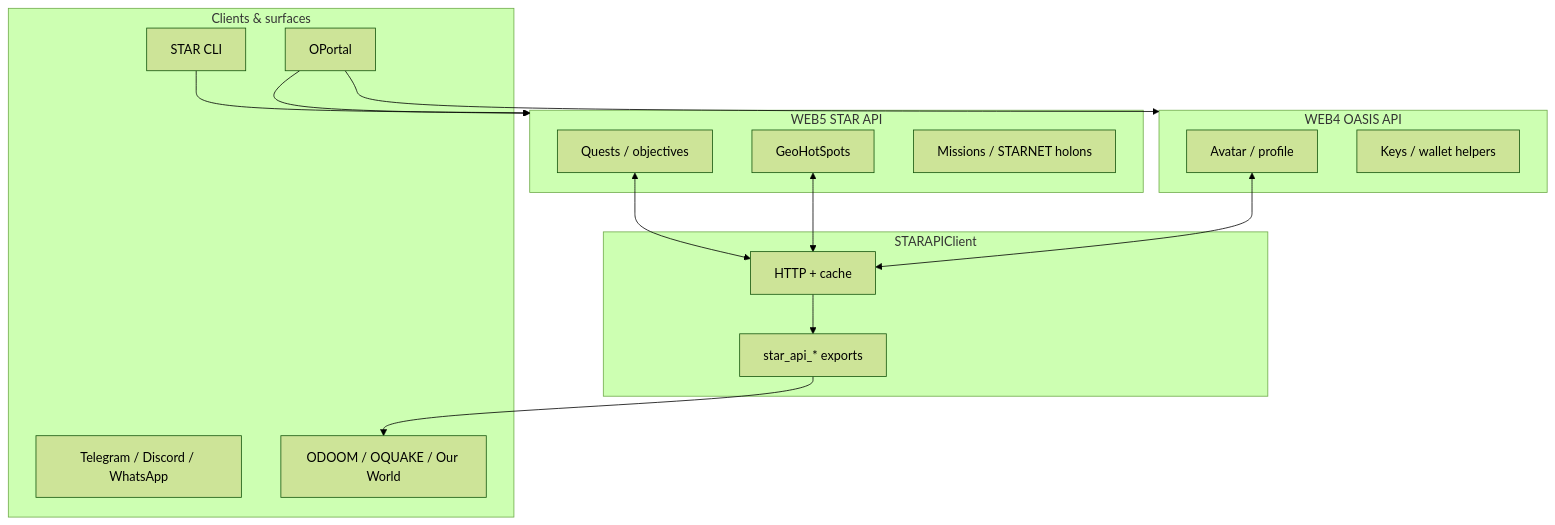
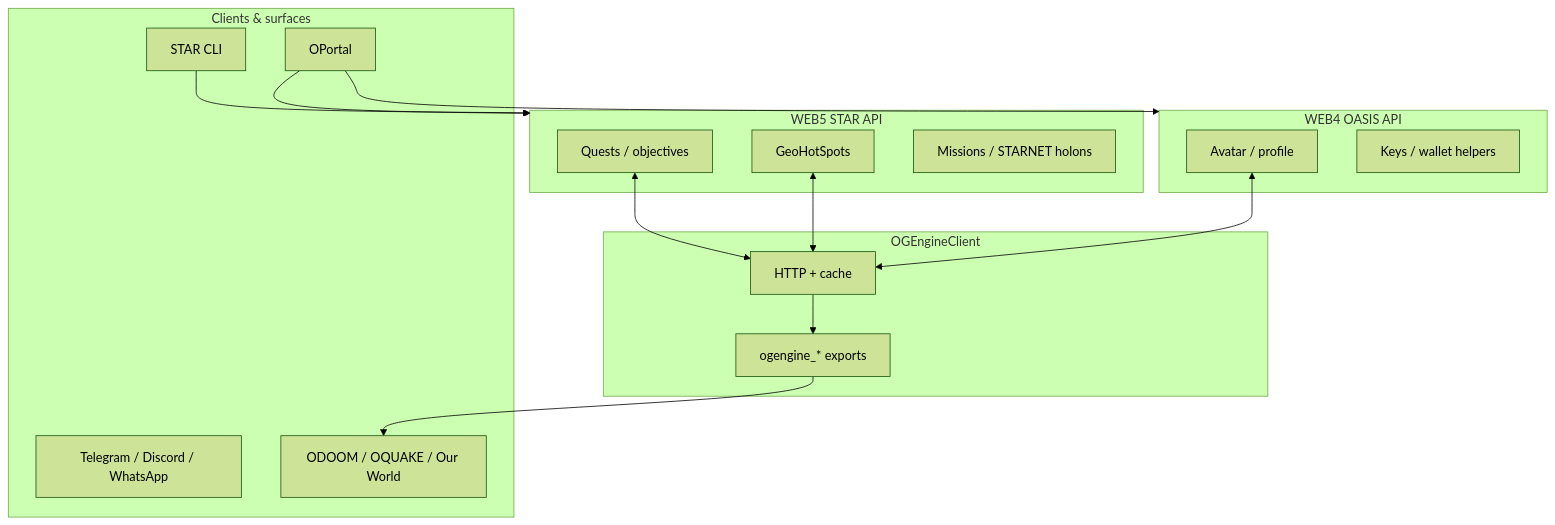
One commit to NextGenSoftwareUK/OASIS changed the first of 2 diagrams in OASIS Omniverse/Docs/OGEngine_Overview.md. Above: the diagram before and after it, drawn with Mermaid (forest theme). The commit also changed other lines of this file and 167 other files, not shown here.

````diff
--- a/OASIS Omniverse/Docs/OGEngine_Overview.md
+++ b/OASIS Omniverse/Docs/OGEngine_Overview.md
@@ -19,30 +19,30 @@
 ```mermaid
 flowchart TB
     subgraph web4 [WEB4 OASIS API]
         A[Avatar / profile]
         K[Keys / wallet helpers]
     end
     subgraph web5 [WEB5 STAR API]
         Q[Quests / objectives]
         G[GeoHotSpots]
         M[Missions / STARNET holons]
     end
-    subgraph client [STARAPIClient]
+    subgraph client [OGEngineClient]
         C[HTTP + cache]
-        ABI[star_api_* exports]
+        ABI[ogengine_* exports]
     end
     subgraph surfaces [Clients & surfaces]
         CLI[STAR CLI]
         OPortal[OPortal]
         TG[Telegram / Discord / WhatsApp]
         GAME[ODOOM / OQUAKE / Our World]
     end
     A <--> C
     Q <--> C
     G <--> C
     C --> ABI
     ABI --> GAME
     CLI --> web5
     OPortal --> web4
     OPortal --> web5
 ```
````
